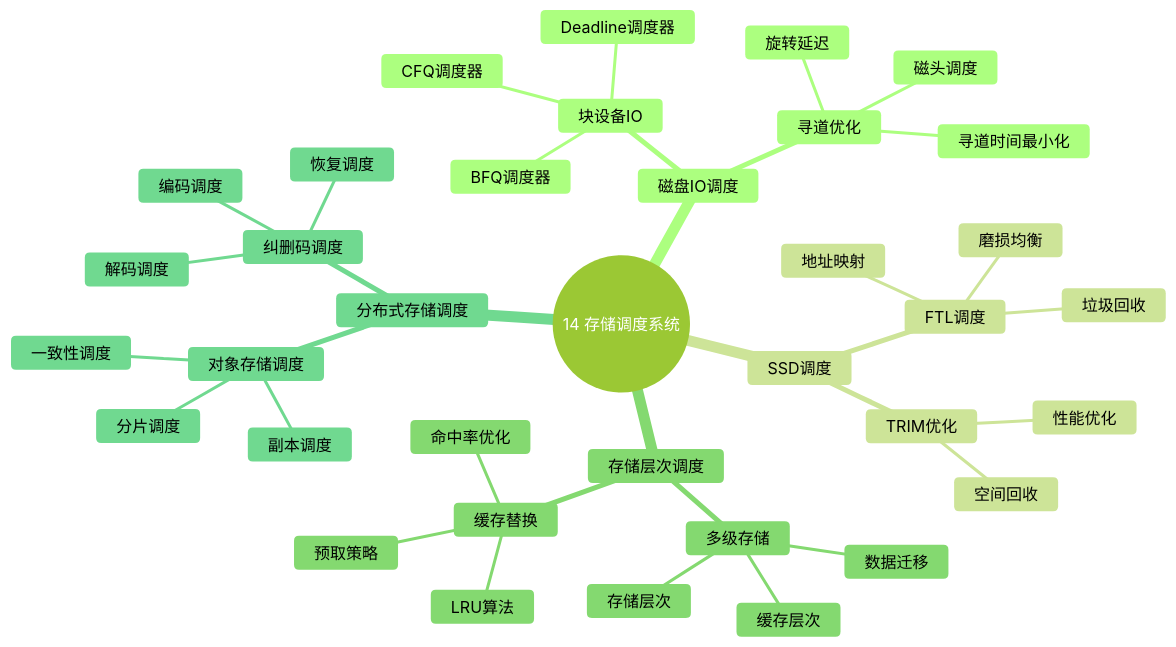
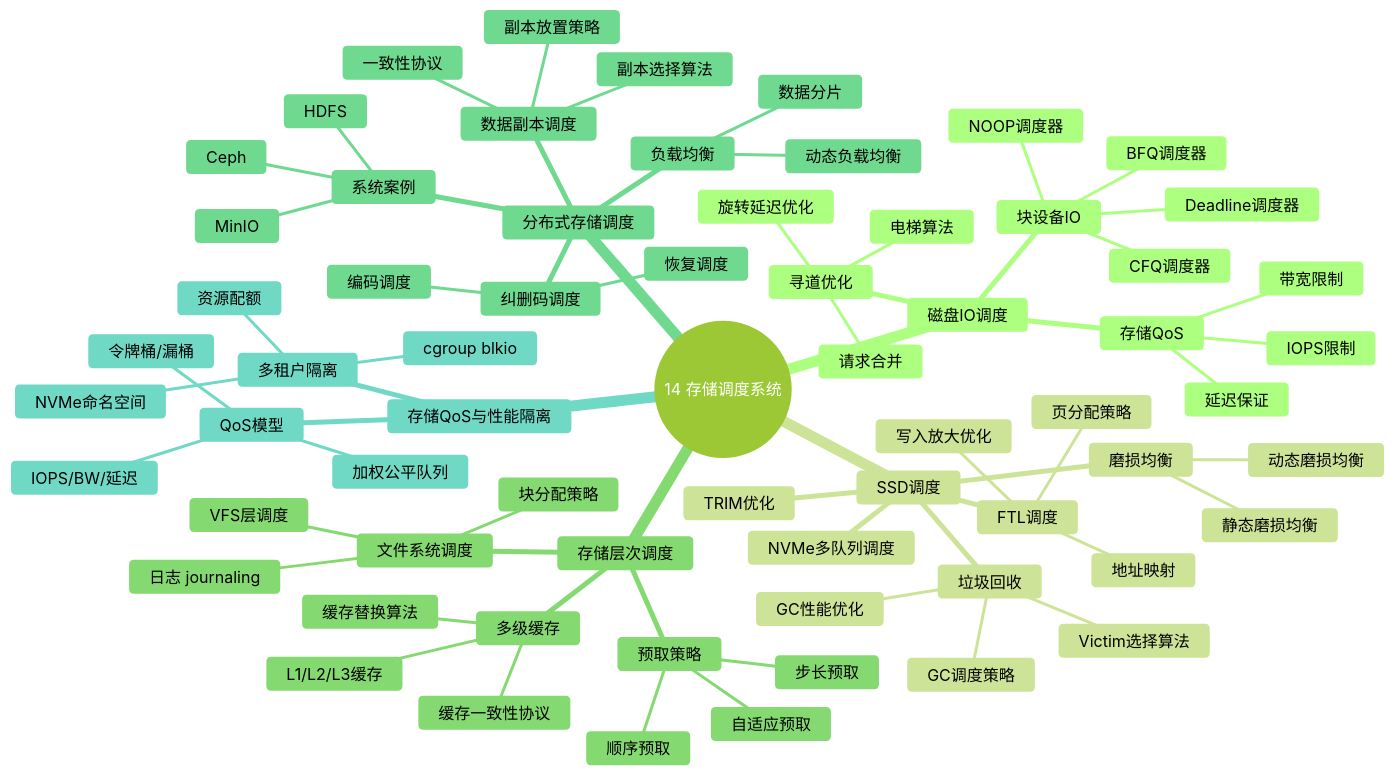
The diagram in Composed/schedule_formal_view/14_存储调度系统/README.md (AdaMartin18010/FormalScience), drawn with Mermaid (forest theme) before and after one commit. The commit also changed other lines of this file and 78 other files, not shown here.

````diff
--- a/Composed/schedule_formal_view/14_存储调度系统/README.md
+++ b/Composed/schedule_formal_view/14_存储调度系统/README.md
@@ -27,39 +27,69 @@
 ```mermaid
 mindmap
   root((14 存储调度系统))
     磁盘IO调度
       块设备IO
         CFQ调度器
         Deadline调度器
         BFQ调度器
+        NOOP调度器
       寻道优化
-        寻道时间最小化
-        旋转延迟
-        磁头调度
+        电梯算法
+        旋转延迟优化
+        请求合并
+      存储QoS
+        IOPS限制
+        带宽限制
+        延迟保证
     SSD调度
       FTL调度
         地址映射
-        垃圾回收
-        磨损均衡
+        页分配策略
+        写入放大优化
+      垃圾回收
+        GC调度策略
+        Victim选择算法
+        GC性能优化
+      磨损均衡
+        动态磨损均衡
+        静态磨损均衡
       TRIM优化
-        空间回收
-        性能优化
+      NVMe多队列调度
     存储层次调度
-      多级存储
-        缓存层次
-        存储层次
-        数据迁移
-      缓存替换
-        LRU算法
-        预取策略
-        命中率优化
+      多级缓存
+        L1/L2/L3缓存
+        缓存一致性协议
+        缓存替换算法
+      预取策略
+        顺序预取
+        步长预取
+        自适应预取
+      文件系统调度
+        VFS层调度
+        块分配策略
+        日志 journaling
     分布式存储调度
-      对象存储调度
-        分片调度
-        副本调度
-        一致性调度
+      数据副本调度
+        副本放置策略
+        副本选择算法
+        一致性协议
+      负载均衡
+        数据分片
+        动态负载均衡
       纠删码调度
         编码调度
-        解码调度
         恢复调度
+      系统案例
+        Ceph
+        HDFS
+        MinIO
+    存储QoS与性能隔离
+      QoS模型
+        IOPS/BW/延迟
+        令牌桶/漏桶
+        加权公平队列
+      多租户隔离
+        cgroup blkio
+        NVMe命名空间
+        资源配额
 ```
````
